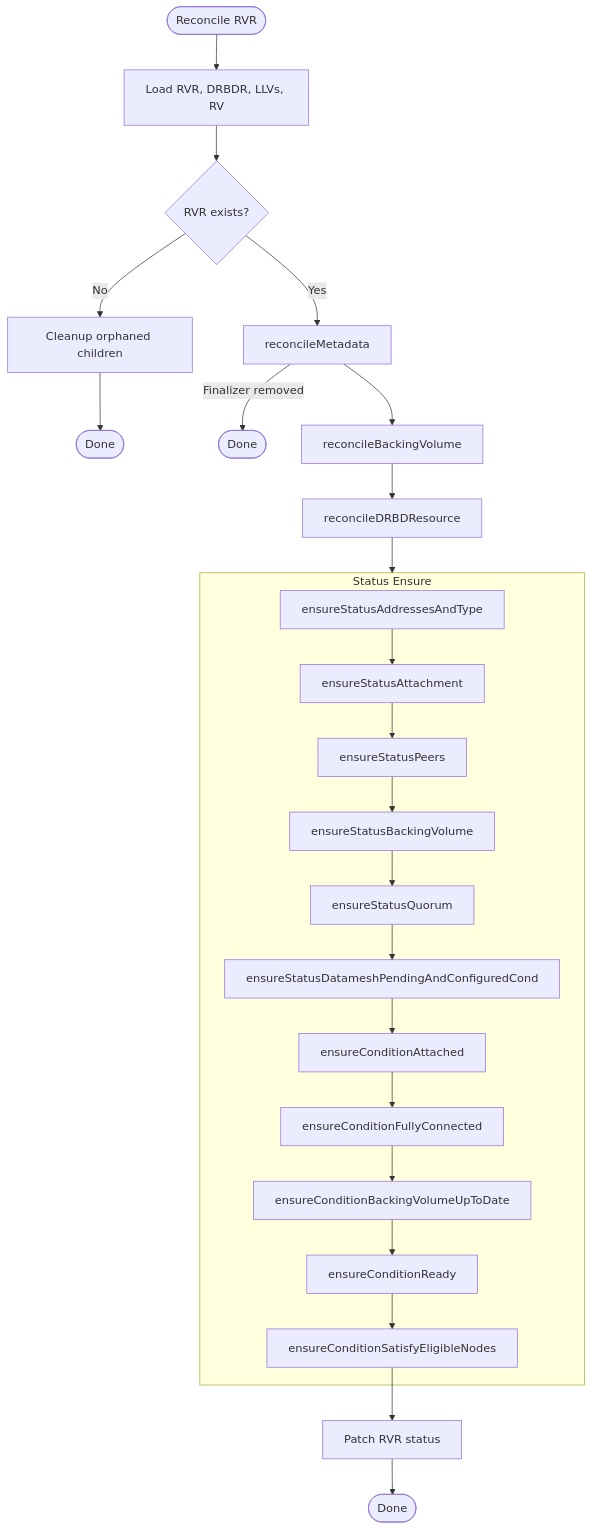
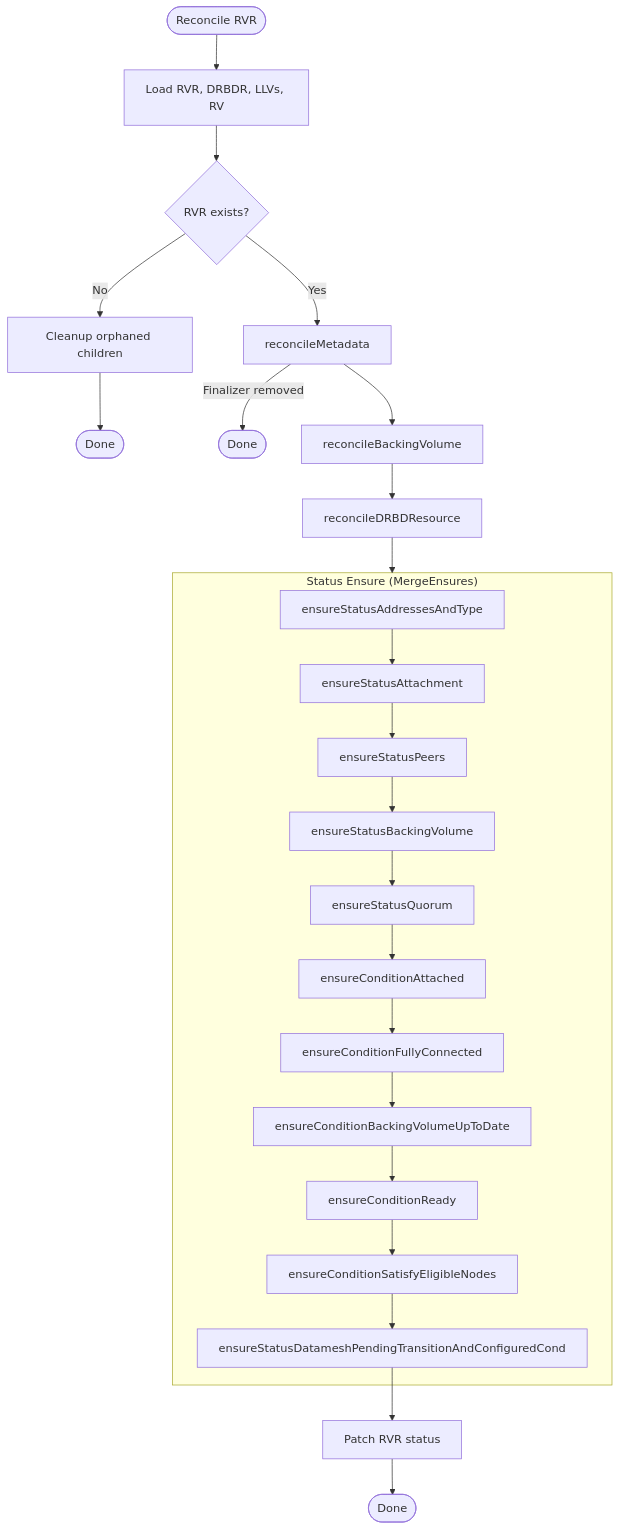
One commit to deckhouse/sds-replicated-volume changed the first of 15 diagrams in images/controller/internal/controllers/rvr_controller/README.md. Above: the diagram before and after it, drawn with Mermaid. The commit also changed other lines of this file and 35 other files, not shown here.

````diff
--- a/images/controller/internal/controllers/rvr_controller/README.md
+++ b/images/controller/internal/controllers/rvr_controller/README.md
@@ -123,32 +122,32 @@
 ```mermaid
 flowchart TD
     Start([Reconcile RVR]) --> Load[Load RVR, DRBDR, LLVs, RV]
     Load --> CheckExists{RVR exists?}
 
     CheckExists -->|No| Cleanup[Cleanup orphaned children]
     Cleanup --> Done1([Done])
 
     CheckExists -->|Yes| Meta[reconcileMetadata]
     Meta -->|Finalizer removed| Done2([Done])
     Meta --> BV[reconcileBackingVolume]
     BV --> DRBDR[reconcileDRBDResource]
 
     DRBDR --> StatusBlock
 
-    subgraph StatusBlock [Status Ensure]
+    subgraph StatusBlock ["Status Ensure (MergeEnsures)"]
         AddrType[ensureStatusAddressesAndType]
         AddrType --> StatusAttach[ensureStatusAttachment]
         StatusAttach --> Peers[ensureStatusPeers]
         Peers --> BVStatus[ensureStatusBackingVolume]
         BVStatus --> StatusQuorum[ensureStatusQuorum]
-        StatusQuorum --> DmPendingAndCond[ensureStatusDatameshPendingAndConfiguredCond]
-        DmPendingAndCond --> CondAttach[ensureConditionAttached]
+        StatusQuorum --> CondAttach[ensureConditionAttached]
         CondAttach --> PeersCond[ensureConditionFullyConnected]
         PeersCond --> BVInSync[ensureConditionBackingVolumeUpToDate]
         BVInSync --> CondReady[ensureConditionReady]
         CondReady --> SEN[ensureConditionSatisfyEligibleNodes]
+        SEN --> DmPendingAndCond[ensureStatusDatameshPendingTransitionAndConfiguredCond]
     end
 
-    SEN --> Patch[Patch RVR status]
+    DmPendingAndCond --> Patch[Patch RVR status]
     Patch --> EndNode([Done])
 ```
````
